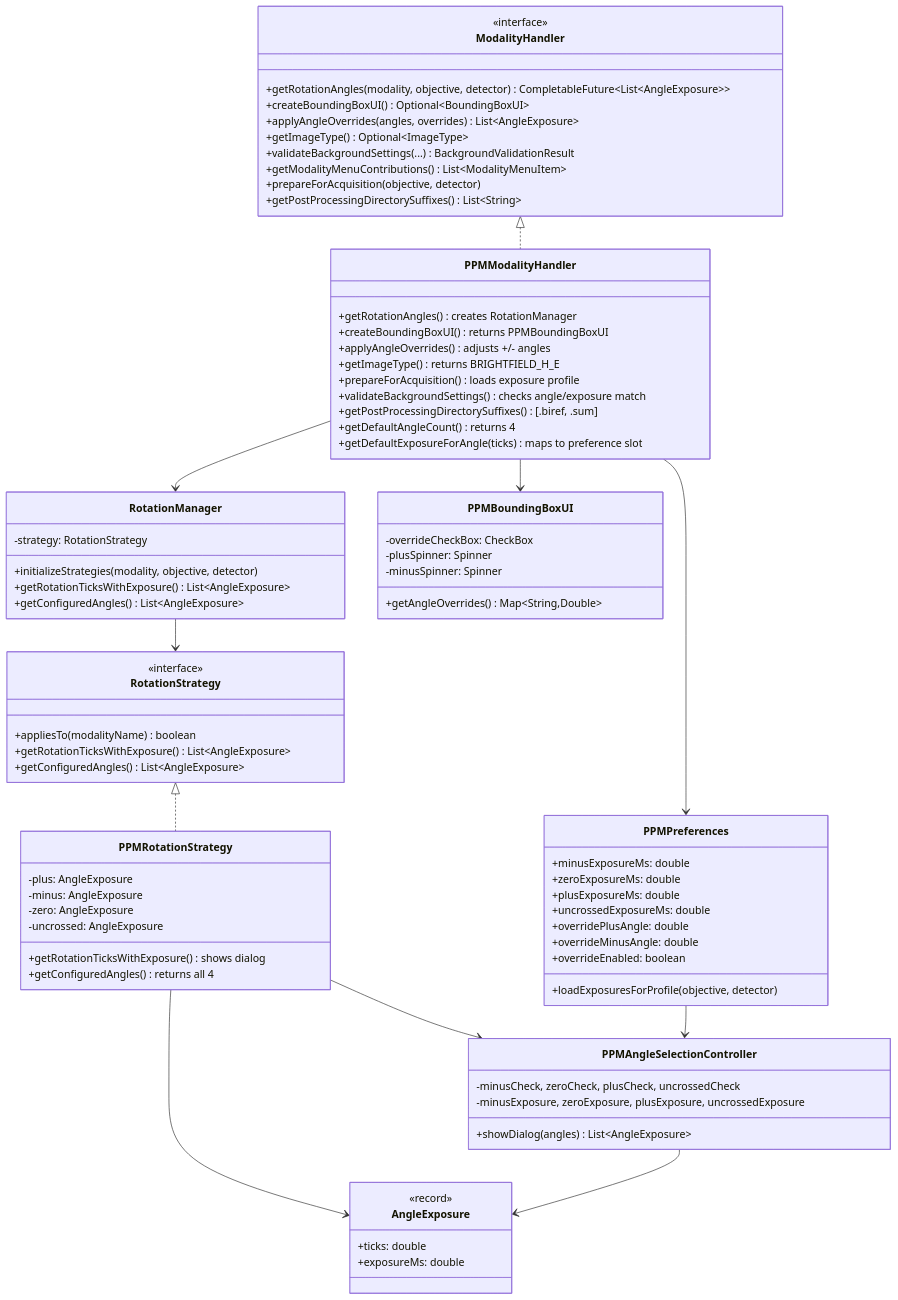
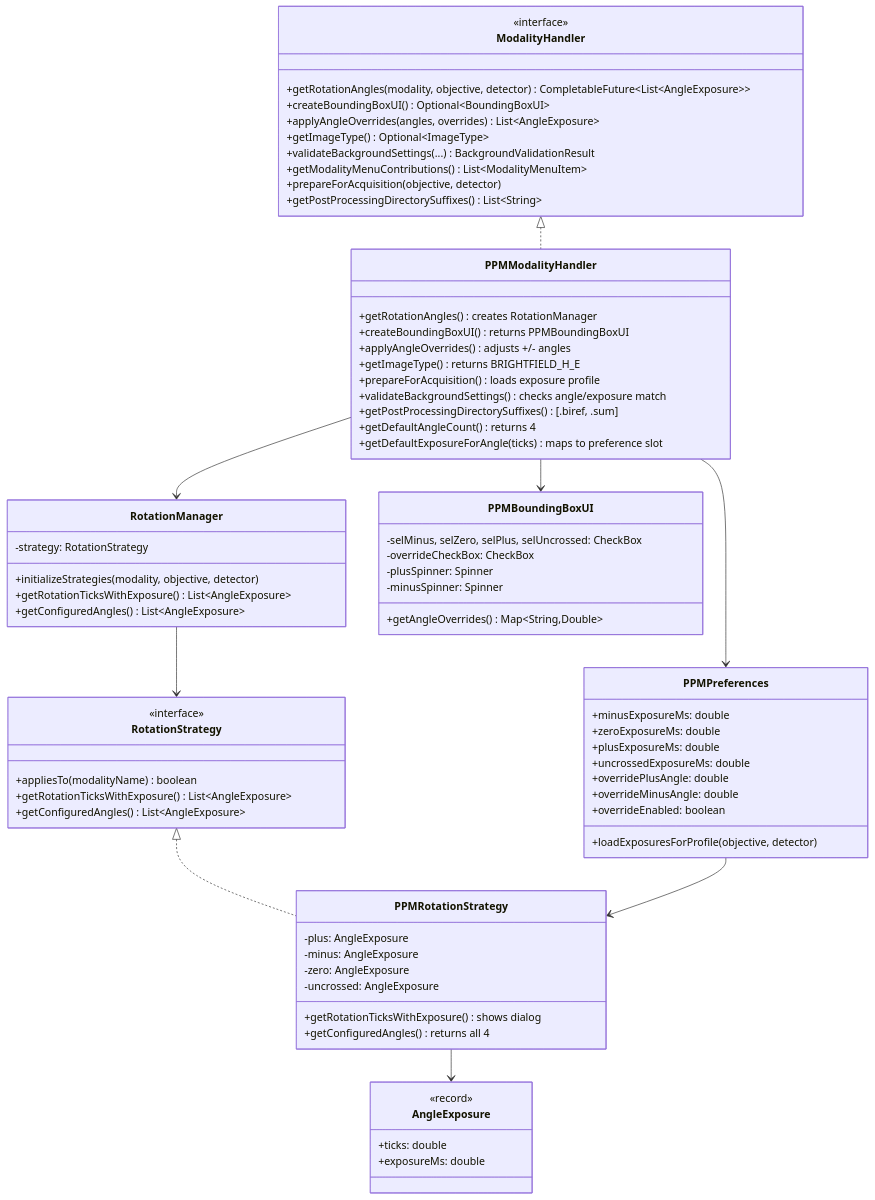
The first of 5 diagrams in documentation/developer/PPM_MODALITY.md (uw-loci/qupath-extension-qpsc), drawn with Mermaid before and after one commit. The commit also changed other lines of this file and 8 other files, not shown here.

````diff
--- a/documentation/developer/PPM_MODALITY.md
+++ b/documentation/developer/PPM_MODALITY.md
@@ -86,16 +86,11 @@
     }
 
     class PPMBoundingBoxUI {
+        -selMinus, selZero, selPlus, selUncrossed: CheckBox
         -overrideCheckBox: CheckBox
         -plusSpinner: Spinner
         -minusSpinner: Spinner
         +getAngleOverrides() Map~String,Double~
-    }
-
-    class PPMAngleSelectionController {
-        +showDialog(angles) List~AngleExposure~
-        -minusCheck, zeroCheck, plusCheck, uncrossedCheck
-        -minusExposure, zeroExposure, plusExposure, uncrossedExposure
     }
 
     ModalityHandler <|.. PPMModalityHandler
@@ -104,8 +99,6 @@
     PPMModalityHandler --> PPMPreferences
     RotationManager --> RotationStrategy
     RotationStrategy <|.. PPMRotationStrategy
-    PPMRotationStrategy --> PPMAngleSelectionController
     PPMRotationStrategy --> AngleExposure
-    PPMAngleSelectionController --> AngleExposure
-    PPMPreferences --> PPMAngleSelectionController
+    PPMPreferences --> PPMRotationStrategy
 ```
````
